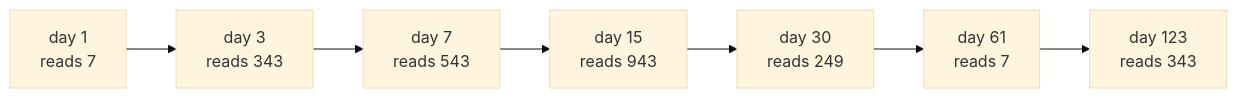
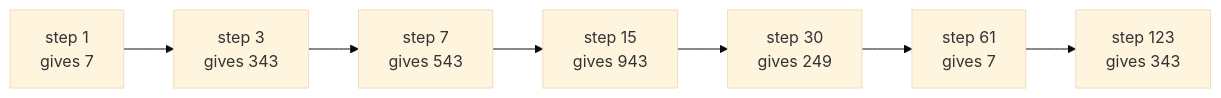
Before and after one commit to wappy-x/Mathematics: the diagram in Cards/02-Number theory/04-Powers on the Clock/01-modular-exponentiation.md, drawn with Mermaid (base theme). The commit also changed other lines of this file and 23 other files, not shown here.

````diff
--- a/Cards/02-Number theory/04-Powers on the Clock/01-modular-exponentiation.md
+++ b/Cards/02-Number theory/04-Powers on the Clock/01-modular-exponentiation.md
@@ -21,4 +23,4 @@
 ```mermaid
 flowchart LR
-  A["day 1<br>reads 7"] --> B["day 3<br>reads 343"] --> C["day 7<br>reads 543"] --> D["day 15<br>reads 943"] --> E["day 30<br>reads 249"] --> F["day 61<br>reads 7"] --> G["day 123<br>reads 343"]
+  A["step 1<br>gives 7"] --> B["step 3<br>gives 343"] --> C["step 7<br>gives 543"] --> D["step 15<br>gives 943"] --> E["step 30<br>gives 249"] --> F["step 61<br>gives 7"] --> G["step 123<br>gives 343"]
 ```
````
